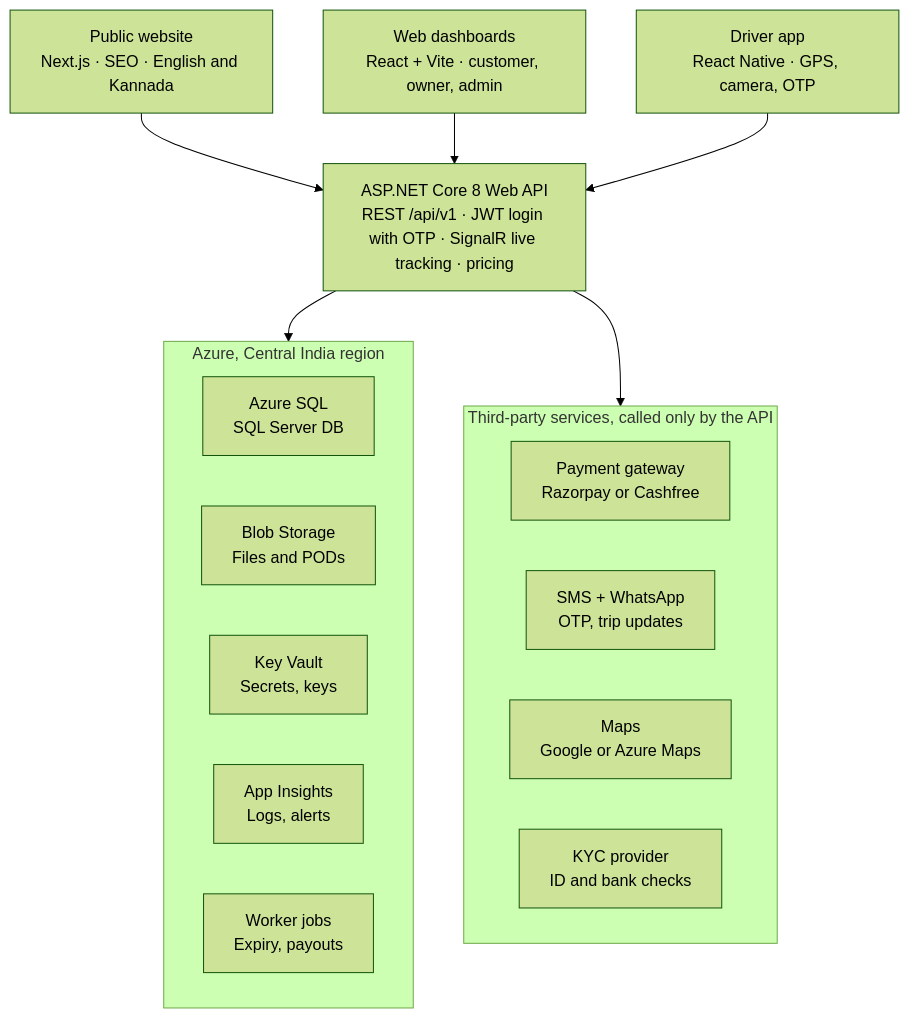
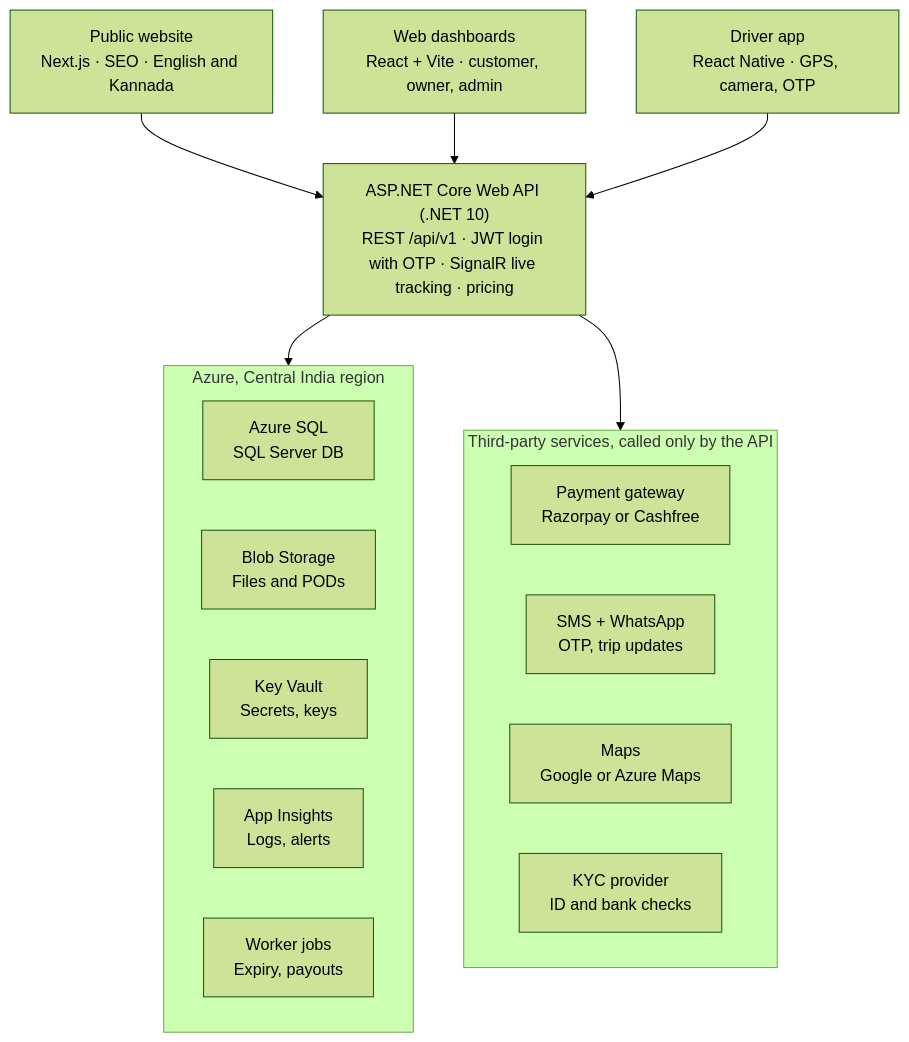
The first of 3 diagrams in docs/TECHNICAL-BLUEPRINT.md (PrashanthOlekar/OlekarLogistic), drawn with Mermaid (forest theme) before and after one commit. The commit also changed other lines of this file and 2 other files, not shown here.

First line of the commit message:
Portal: let sign-in and registration pages choose where to go next; README, blueprint and API docs for the new architecture

````diff
--- a/docs/TECHNICAL-BLUEPRINT.md
+++ b/docs/TECHNICAL-BLUEPRINT.md
@@ -44,25 +45,25 @@
 ```mermaid
 flowchart TB
     web["Public website<br/>Next.js · SEO · English and Kannada"]
     dash["Web dashboards<br/>React + Vite · customer, owner, admin"]
     drv["Driver app<br/>React Native · GPS, camera, OTP"]
-    api["ASP.NET Core 8 Web API<br/>REST /api/v1 · JWT login with OTP · SignalR live tracking · pricing"]
+    api["ASP.NET Core Web API (.NET 10)<br/>REST /api/v1 · JWT login with OTP · SignalR live tracking · pricing"]
     subgraph azure["Azure, Central India region"]
         sql["Azure SQL<br/>SQL Server DB"]
         blob["Blob Storage<br/>Files and PODs"]
         kv["Key Vault<br/>Secrets, keys"]
         ai["App Insights<br/>Logs, alerts"]
         wk["Worker jobs<br/>Expiry, payouts"]
     end
     subgraph ext["Third-party services, called only by the API"]
         pay["Payment gateway<br/>Razorpay or Cashfree"]
         sms["SMS + WhatsApp<br/>OTP, trip updates"]
         maps["Maps<br/>Google or Azure Maps"]
         kyc["KYC provider<br/>ID and bank checks"]
     end
     web --> api
     dash --> api
     drv --> api
     api --> azure
     api --> ext
 ```
````
